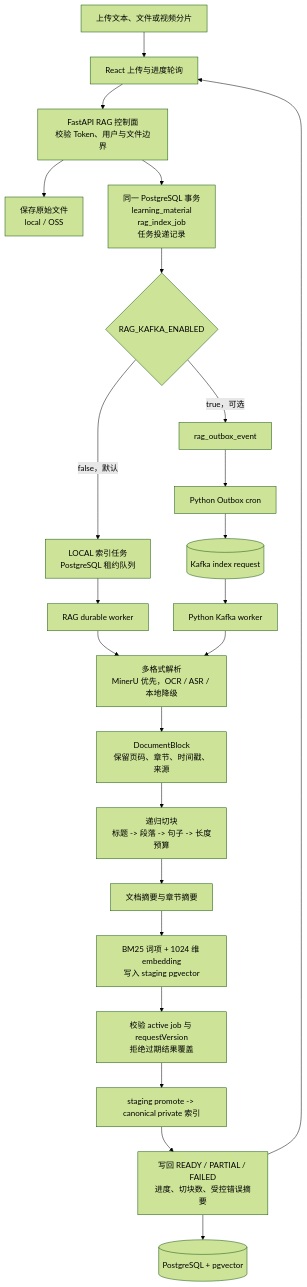
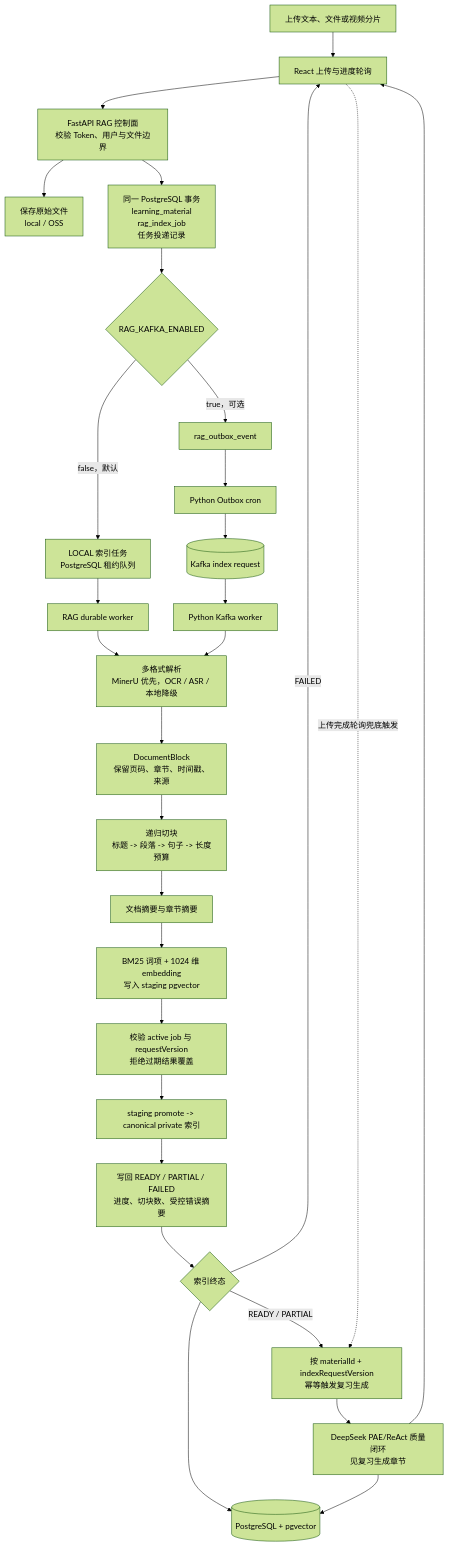
One commit to HeWhenJay/Multimodal-RAG-Agent-Learning-Evidence-Platform changed the second of 9 diagrams in README.md. Above: the diagram before and after it, drawn with Mermaid (forest theme). The commit also changed other lines of this file, not shown here.

Commit message:
docs: 更新项目架构与复习流程图

````diff
--- a/README.md
+++ b/README.md
@@ -84,28 +93,34 @@
 ```mermaid
 flowchart TB
     U["上传文本、文件或视频分片"] --> FE["React 上传与进度轮询"]
     FE --> API["FastAPI RAG 控制面\n校验 Token、用户与文件边界"]
     API --> STORE["保存原始文件\nlocal / OSS"]
     API --> TX["同一 PostgreSQL 事务\nlearning_material\nrag_index_job\n任务投递记录"]
 
     TX --> MODE{"RAG_KAFKA_ENABLED"}
     MODE -->|"false，默认"| LOCAL["LOCAL 索引任务\nPostgreSQL 租约队列"]
     MODE -->|"true，可选"| OUTBOX["rag_outbox_event"]
     OUTBOX --> CRON["Python Outbox cron"]
     CRON --> KAFKA[("Kafka index request")]
 
     LOCAL --> RAGW["RAG durable worker"]
     KAFKA --> KAFKAW["Python Kafka worker"]
     RAGW --> PARSE
     KAFKAW --> PARSE
 
     PARSE["多格式解析\nMinerU 优先，OCR / ASR / 本地降级"] --> BLOCK["DocumentBlock\n保留页码、章节、时间戳、来源"]
     BLOCK --> CHUNK["递归切块\n标题 -> 段落 -> 句子 -> 长度预算"]
     CHUNK --> SUMMARY["文档摘要与章节摘要"]
     SUMMARY --> INDEX["BM25 词项 + 1024 维 embedding\n写入 staging pgvector"]
     INDEX --> CHECK["校验 active job 与 requestVersion\n拒绝过期结果覆盖"]
     CHECK --> PROMOTE["staging promote -> canonical private 索引"]
     PROMOTE --> RESULT["写回 READY / PARTIAL / FAILED\n进度、切块数、受控错误摘要"]
-    RESULT --> DB[("PostgreSQL + pgvector")]
-    RESULT --> FE
+    RESULT --> STATUS{"索引终态"}
+    STATUS --> DB[("PostgreSQL + pgvector")]
+    STATUS -->|"READY / PARTIAL"| REVIEW_SYNC["按 materialId + indexRequestVersion\n幂等触发复习生成"]
+    STATUS -->|"FAILED"| FE
+    FE -. "上传完成轮询兜底触发" .-> REVIEW_SYNC
+    REVIEW_SYNC --> REVIEW_FLOW["DeepSeek PAE/ReAct 质量闭环\n见复习生成章节"]
+    REVIEW_FLOW --> DB
+    REVIEW_FLOW --> FE
 ```
````
